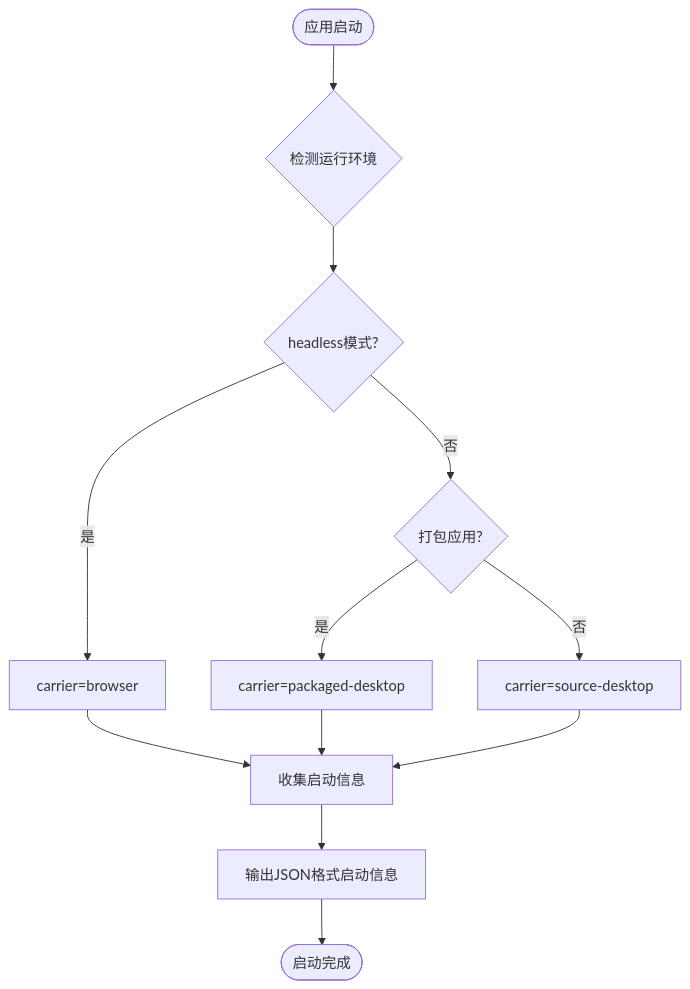
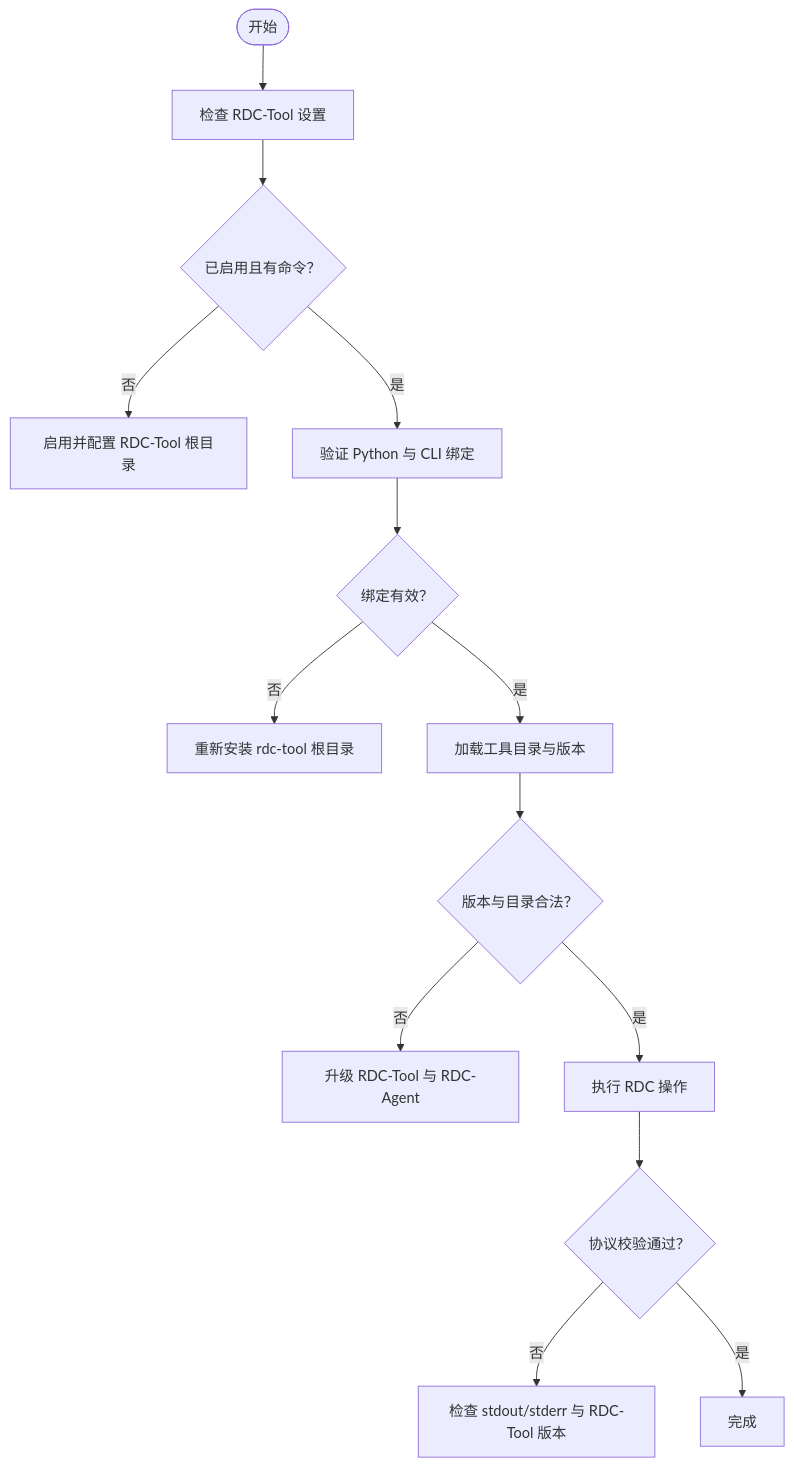
The third of 6 diagrams in .qoder/repowiki/zh/content/故障排除.md (haolange/RDC-Agent), drawn with Mermaid before and after one commit. The commit also changed other lines of this file and 356 other files, not shown here.

````diff
--- a/.qoder/repowiki/zh/content/故障排除.md
+++ b/.qoder/repowiki/zh/content/故障排除.md
@@ -173,14 +201,16 @@
 ```mermaid
 flowchart TD
-Start(["应用启动"]) --> DetectEnv{"检测运行环境"}
-DetectEnv --> Headless{"headless模式?"}
-Headless --> |是| BrowserCarrier["carrier=browser"]
-Headless --> |否| Packaged{"打包应用?"}
-Packaged --> |是| DesktopCarrier["carrier=packaged-desktop"]
-Packaged --> |否| SourceCarrier["carrier=source-desktop"]
-BrowserCarrier --> CollectInfo["收集启动信息"]
-DesktopCarrier --> CollectInfo
-SourceCarrier --> CollectInfo
-CollectInfo --> LogInfo["输出JSON格式启动信息"]
-LogInfo --> End(["启动完成"])
+  Start(["开始"]) --> CheckSettings["检查 RDC-Tool 设置"]
+  CheckSettings --> Enabled{"已启用且有命令？"}
+  Enabled -->|否| FixSettings["启用并配置 RDC-Tool 根目录"]
+  Enabled -->|是| ValidateBinding["验证 Python 与 CLI 绑定"]
+  ValidateBinding --> BindingOk{"绑定有效？"}
+  BindingOk -->|否| FixLayout["重新安装 rdc-tool 根目录"]
+  BindingOk -->|是| LoadCatalog["加载工具目录与版本"]
+  LoadCatalog --> CatalogOk{"版本与目录合法？"}
+  CatalogOk -->|否| UpgradeTool["升级 RDC-Tool 与 RDC-Agent"]
+  CatalogOk -->|是| ExecuteOperation["执行 RDC 操作"]
+  ExecuteOperation --> ProtocolOk{"协议校验通过？"}
+  ProtocolOk -->|否| CheckOutput["检查 stdout/stderr 与 RDC-Tool 版本"]
+  ProtocolOk -->|是| Success["完成"]
 ```
````
